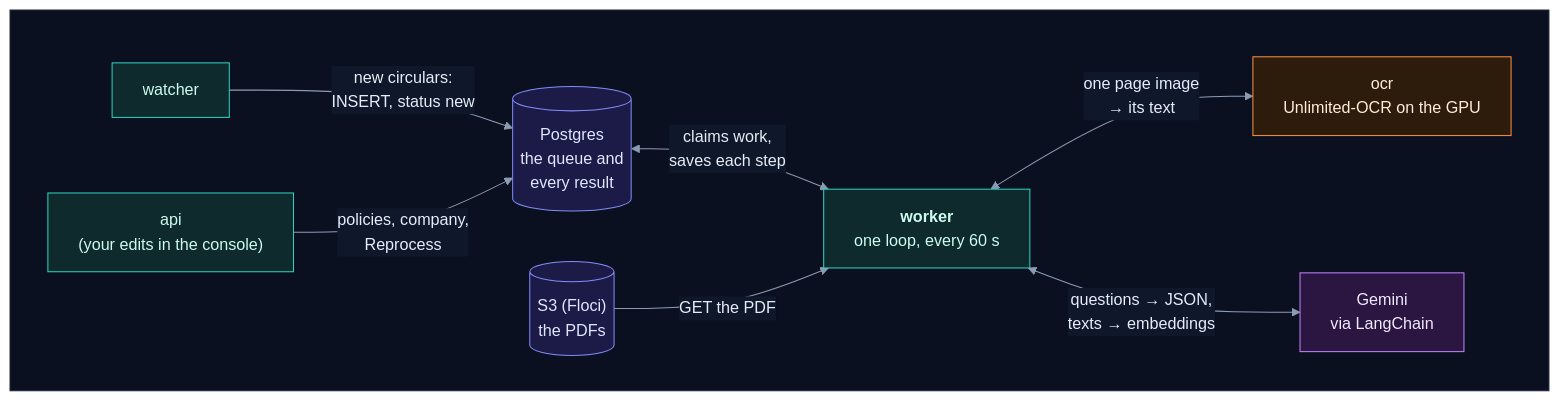
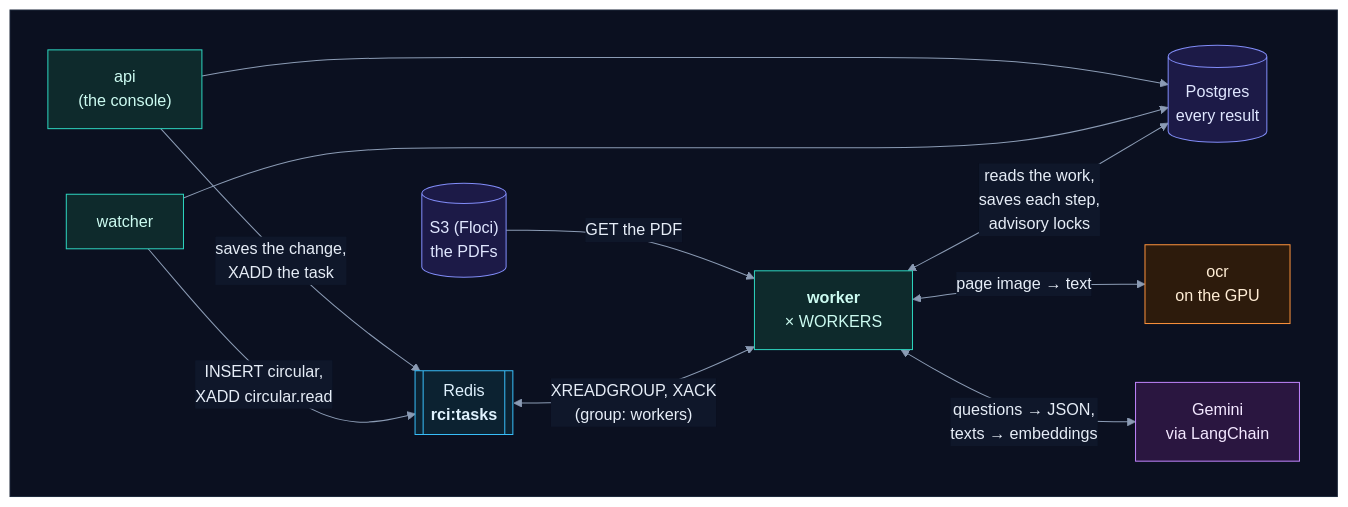
One commit to selvakumarperumal/Regulatory_Circular_Impact_Agent changed the first of 19 diagrams in backend/worker/INTERNALS.md. Above: the diagram before and after it, drawn with Mermaid. The commit also changed other lines of this file and 8 other files, not shown here.

Commit message:
Document the task queue and multi-company design

````diff
--- a/backend/worker/INTERNALS.md
+++ b/backend/worker/INTERNALS.md
@@ -46,27 +48,32 @@
 ```mermaid
 %%{init: {"theme": "base", "flowchart": {"diagramPadding": 0}, "themeVariables": {"darkMode": true, "primaryColor": "#16213a", "primaryTextColor": "#e6edf7", "primaryBorderColor": "#475a7a", "lineColor": "#8b9bb4", "secondaryColor": "#1b2436", "tertiaryColor": "#101a2e", "edgeLabelBackground": "#0f172a", "textColor": "#e2e8f0", "clusterBkg": "#0f1728", "clusterBorder": "#2b3a55", "titleColor": "#c4b5fd", "nodeTextColor": "#e6edf7"}}}%%
 flowchart LR
     subgraph canvas[" "]
         direction LR
-        watcher["watcher"] -->|"new circulars:<br/>INSERT, status new"| PG[("Postgres<br/>the queue and<br/>every result")]
-        api["api<br/>(your edits in the console)"] -->|"policies, company,<br/>Reprocess"| PG
-        PG <-->|"claims work,<br/>saves each step"| K["<b>worker</b><br/>one loop, every 60 s"]
+        watcher["watcher"] -->|"INSERT circular,<br/>XADD circular.read"| Q[["Redis<br/><b>rci:tasks</b>"]]
+        api["api<br/>(the console)"] -->|"saves the change,<br/>XADD the task"| Q
+        Q <-->|"XREADGROUP, XACK<br/>(group: workers)"| K["<b>worker</b><br/>× WORKERS"]
+        K <-->|"reads the work,<br/>saves each step,<br/>advisory locks"| PG[("Postgres<br/>every result")]
+        watcher --> PG
+        api --> PG
         S3[("S3 (Floci)<br/>the PDFs")] -->|"GET the PDF"| K
-        K <-->|"one page image<br/>→ its text"| O["ocr<br/>Unlimited-OCR on the GPU"]
+        K <-->|"page image → text"| O["ocr<br/>on the GPU"]
         K <-->|"questions → JSON,<br/>texts → embeddings"| G["Gemini<br/>via LangChain"]
     end
     classDef svc fill:#0e2a2c,stroke:#2dd4bf,color:#ccfbf1
     classDef data fill:#1c1a47,stroke:#818cf8,color:#e0e7ff
     classDef ext fill:#2a1640,stroke:#c084fc,color:#f3e8ff
     classDef gpu fill:#2d1b0c,stroke:#fb923c,color:#ffedd5
     classDef ask fill:#2a2410,stroke:#fbbf24,color:#fef3c7
     classDef ok fill:#0b2a1c,stroke:#34d399,color:#d1fae5
     classDef bad fill:#2e0f17,stroke:#fb7185,color:#ffe4e6
     classDef start fill:#1c2a0e,stroke:#a7ef6f,color:#ecfccb
     classDef muted fill:#1a2130,stroke:#64748b,color:#cbd5e1
+    classDef queue fill:#0c2231,stroke:#38bdf8,color:#e0f2fe
     class watcher,api,K svc
+    class Q queue
     class PG,S3 data
     class O gpu
     class G ext
     style canvas fill:#0b1020,stroke:#1e293b,color:#0b1020
 ```
````
